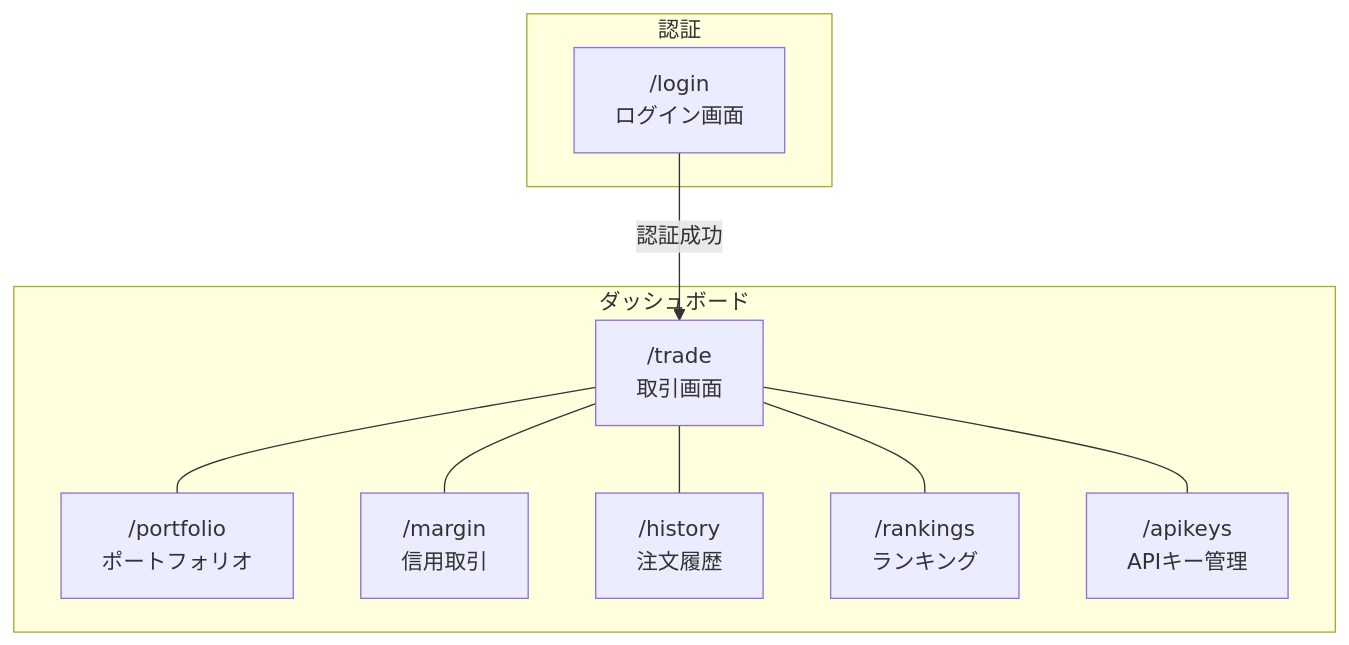
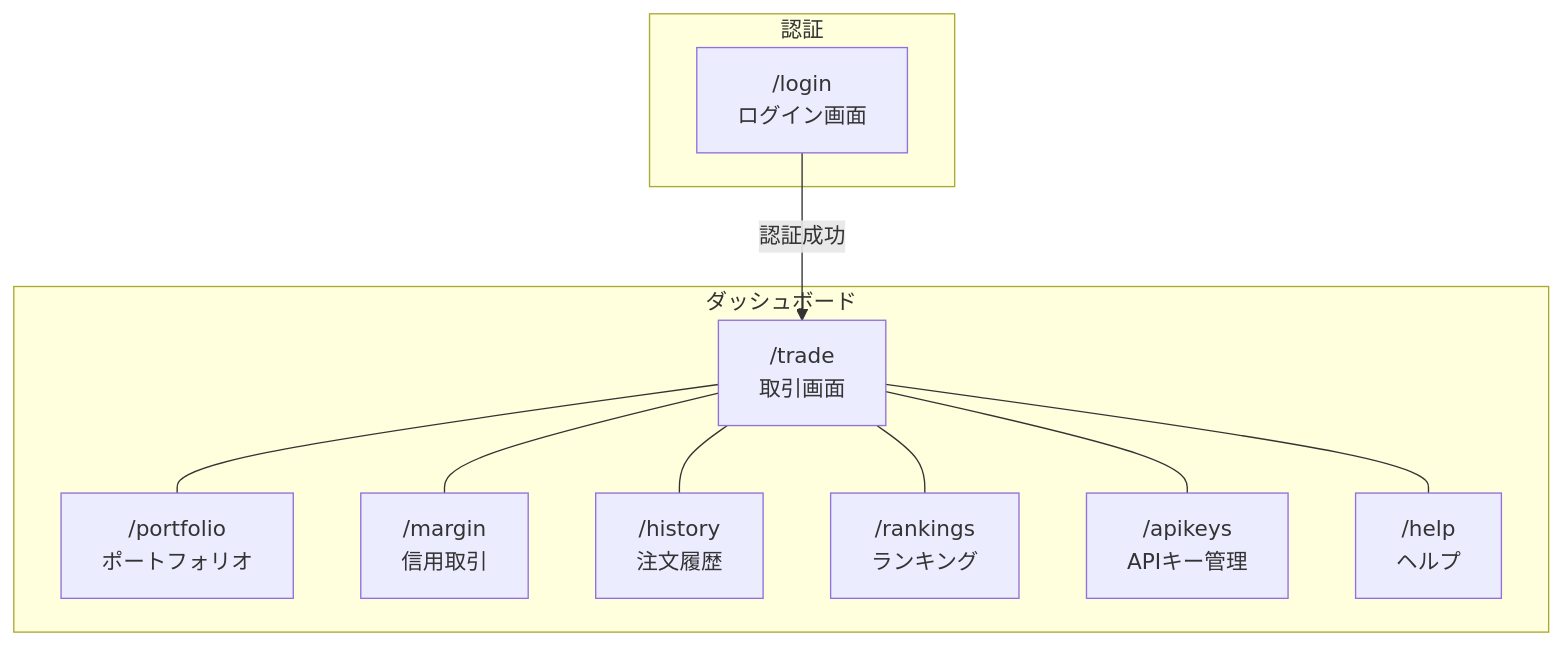
The fifth of 6 diagrams in README.md (serkenn/kabu-trade), drawn with Mermaid before and after one commit. The commit also changed other lines of this file and 2 other files, not shown here.

Commit message:
Update docs with S株, slippage, price limits, and help page

````diff
--- a/README.md
+++ b/README.md
@@ -417,22 +420,24 @@
 ```mermaid
 graph TD
     subgraph 認証
         LOGIN["/login<br/>ログイン画面"]
     end
 
     subgraph ダッシュボード
         TRADE["/trade<br/>取引画面"]
         PORTFOLIO["/portfolio<br/>ポートフォリオ"]
         MARGIN["/margin<br/>信用取引"]
         HISTORY["/history<br/>注文履歴"]
         RANKINGS["/rankings<br/>ランキング"]
         APIKEYS["/apikeys<br/>APIキー管理"]
+        HELP["/help<br/>ヘルプ"]
     end
 
     LOGIN -->|認証成功| TRADE
     TRADE --- PORTFOLIO
     TRADE --- MARGIN
     TRADE --- HISTORY
     TRADE --- RANKINGS
     TRADE --- APIKEYS
+    TRADE --- HELP
 ```
````
